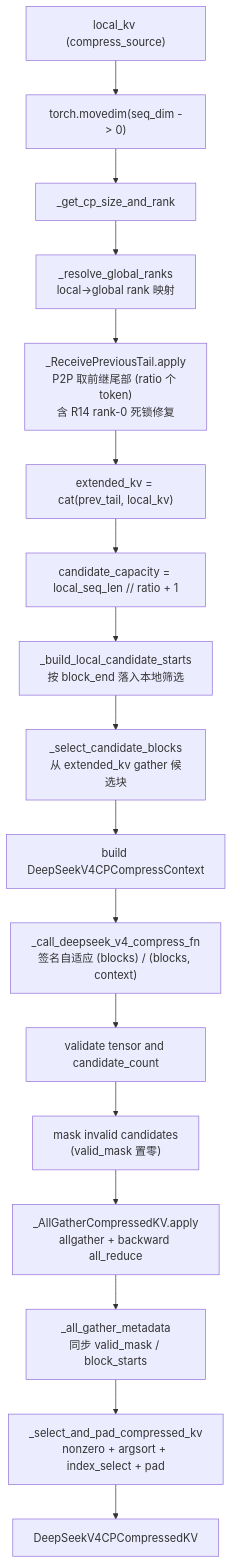
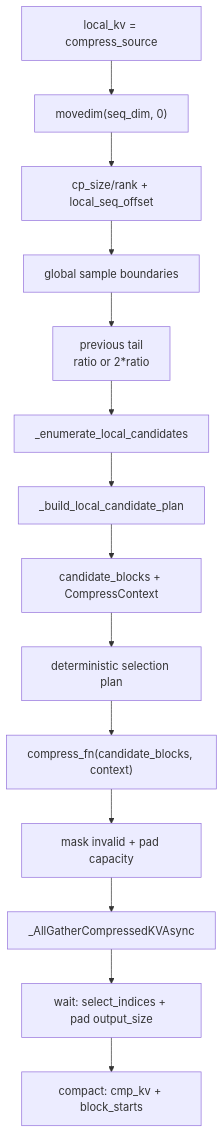
One commit to ChemLez/Megatron-Note changed the sixth of 13 diagrams in features/context_parallel/chapter-03-mindspeed-deepseek-v4-context-parallel.md. Above: the diagram before and after it, drawn with Mermaid. The commit also changed other lines of this file and 1 other file, not shown here.

Commit message:
docs: refresh DeepSeek V4 CP archive note

````diff
--- a/features/context_parallel/chapter-03-mindspeed-deepseek-v4-context-parallel.md
+++ b/features/context_parallel/chapter-03-mindspeed-deepseek-v4-context-parallel.md
@@ -497,19 +513,16 @@
 ```mermaid
 flowchart TD
-    A["local_kv (compress_source)"] --> B["torch.movedim(seq_dim -> 0)"]
-    B --> C["_get_cp_size_and_rank"]
-    C --> C1["_resolve_global_ranks\nlocal→global rank 映射"]
-    C1 --> D["_ReceivePreviousTail.apply\nP2P 取前继尾部 (ratio 个 token)\n含 R14 rank-0 死锁修复"]
-    D --> E["extended_kv = cat(prev_tail, local_kv)"]
-    E --> F["candidate_capacity = local_seq_len // ratio + 1"]
-    F --> G["_build_local_candidate_starts\n按 block_end 落入本地筛选"]
-    G --> H["_select_candidate_blocks\n从 extended_kv gather 候选块"]
-    H --> I["build DeepSeekV4CPCompressContext"]
-    I --> J["_call_deepseek_v4_compress_fn\n签名自适应 (blocks) / (blocks, context)"]
-    J --> K["validate tensor and candidate_count"]
-    K --> L["mask invalid candidates\n(valid_mask 置零)"]
-    L --> M["_AllGatherCompressedKV.apply\nallgather + backward all_reduce"]
-    M --> N["_all_gather_metadata\n同步 valid_mask / block_starts"]
-    N --> O["_select_and_pad_compressed_kv\nnonzero + argsort + index_select + pad"]
-    O --> P["DeepSeekV4CPCompressedKV"]
+    A["local_kv = compress_source"] --> B["movedim(seq_dim, 0)"]
+    B --> C["cp_size/rank + local_seq_offset"]
+    C --> D["global sample boundaries"]
+    D --> E["previous tail\nratio or 2*ratio"]
+    E --> F["_enumerate_local_candidates"]
+    F --> G["_build_local_candidate_plan"]
+    G --> H["candidate_blocks + CompressContext"]
+    H --> I["deterministic selection plan"]
+    I --> J["compress_fn(candidate_blocks, context)"]
+    J --> K["mask invalid + pad capacity"]
+    K --> L["_AllGatherCompressedKVAsync"]
+    L --> M["wait: select_indices + pad output_size"]
+    M --> N["compact: cmp_kv + block_starts"]
 ```
````
